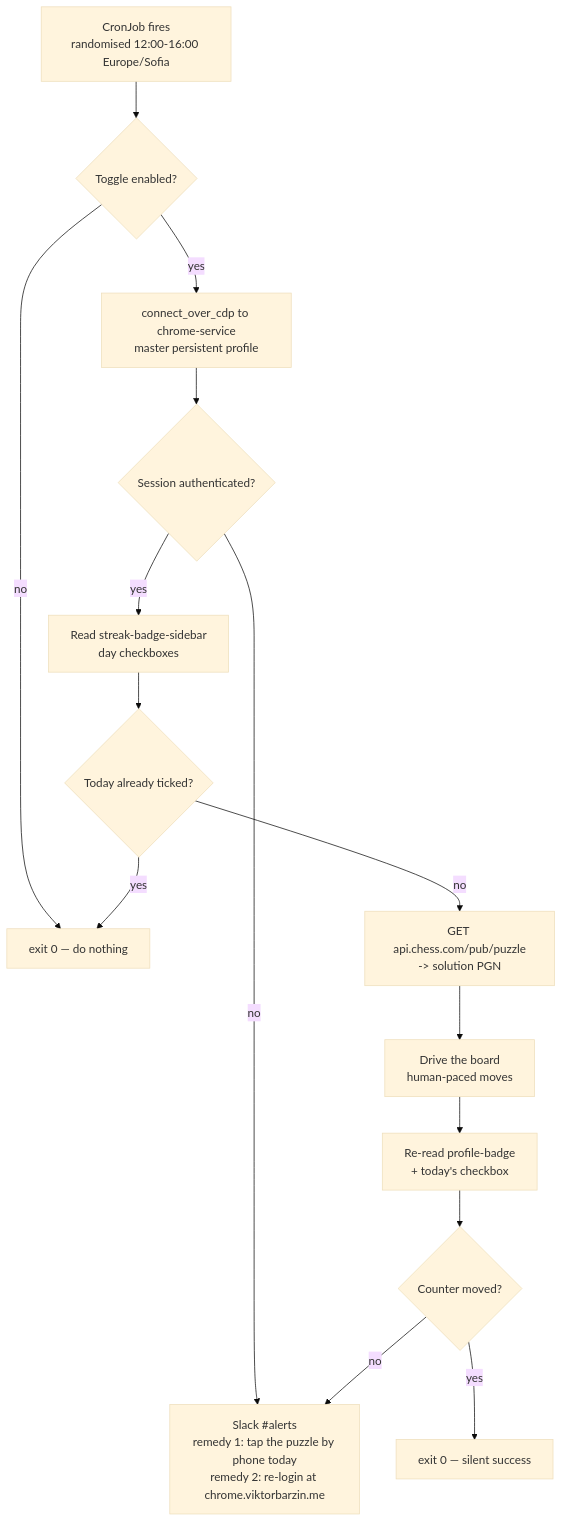
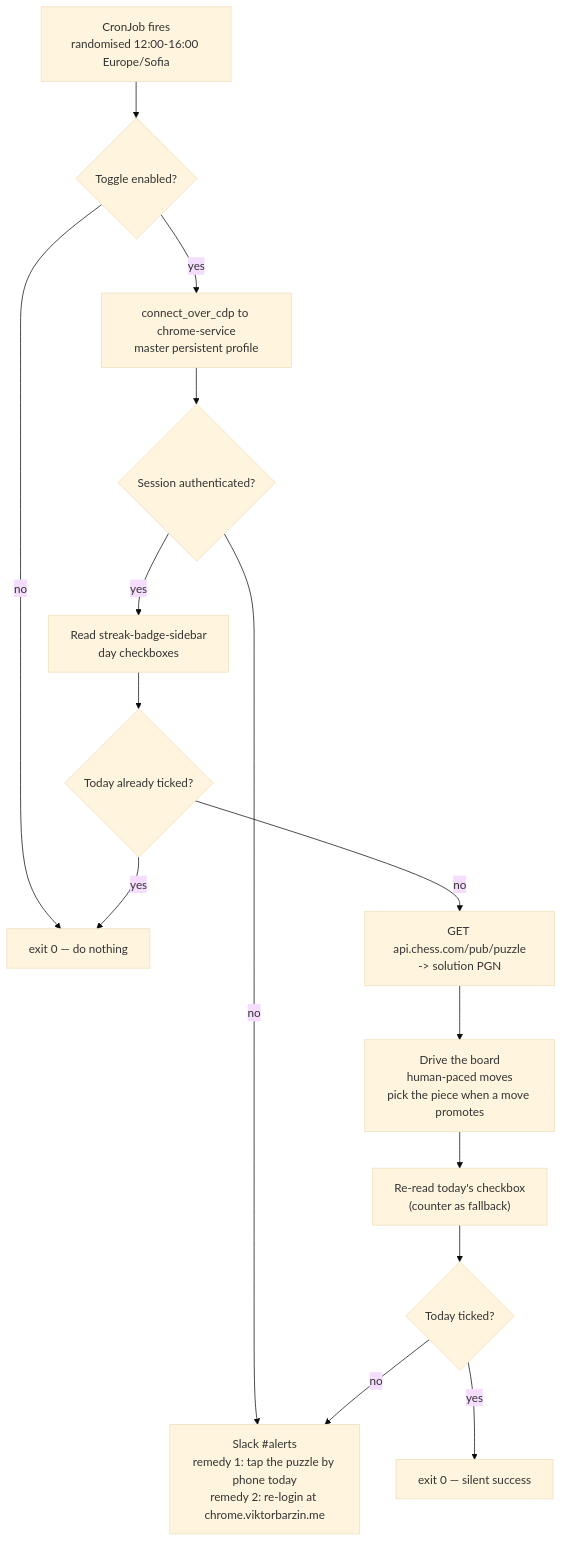
One commit to ViktorBarzin/infra changed the diagram in docs/plans/2026-08-08-chesscom-streak-automation.md. Above: the diagram before and after it, drawn with Mermaid (base theme). The commit also changed other lines of this file, not shown here.

````diff
--- a/docs/plans/2026-08-08-chesscom-streak-automation.md
+++ b/docs/plans/2026-08-08-chesscom-streak-automation.md
@@ -124,17 +125,17 @@
 ```mermaid
 flowchart TD
     A["CronJob fires<br/>randomised 12:00-16:00 Europe/Sofia"] --> B{"Toggle enabled?"}
     B -->|no| Z["exit 0 — do nothing"]
     B -->|yes| C["connect_over_cdp to chrome-service<br/>master persistent profile"]
     C --> D{"Session authenticated?"}
     D -->|no| E["Slack #alerts<br/>remedy 1: tap the puzzle by phone today<br/>remedy 2: re-login at chrome.viktorbarzin.me"]
     D -->|yes| F["Read streak-badge-sidebar<br/>day checkboxes"]
     F --> G{"Today already ticked?"}
     G -->|yes| Z
     G -->|no| H["GET api.chess.com/pub/puzzle<br/>-> solution PGN"]
-    H --> I["Drive the board<br/>human-paced moves"]
-    I --> J["Re-read profile-badge<br/>+ today's checkbox"]
-    J --> K{"Counter moved?"}
+    H --> I["Drive the board<br/>human-paced moves<br/>pick the piece when a move promotes"]
+    I --> J["Re-read today's checkbox<br/>(counter as fallback)"]
+    J --> K{"Today ticked?"}
     K -->|yes| L["exit 0 — silent success"]
     K -->|no| E
 ```
````
